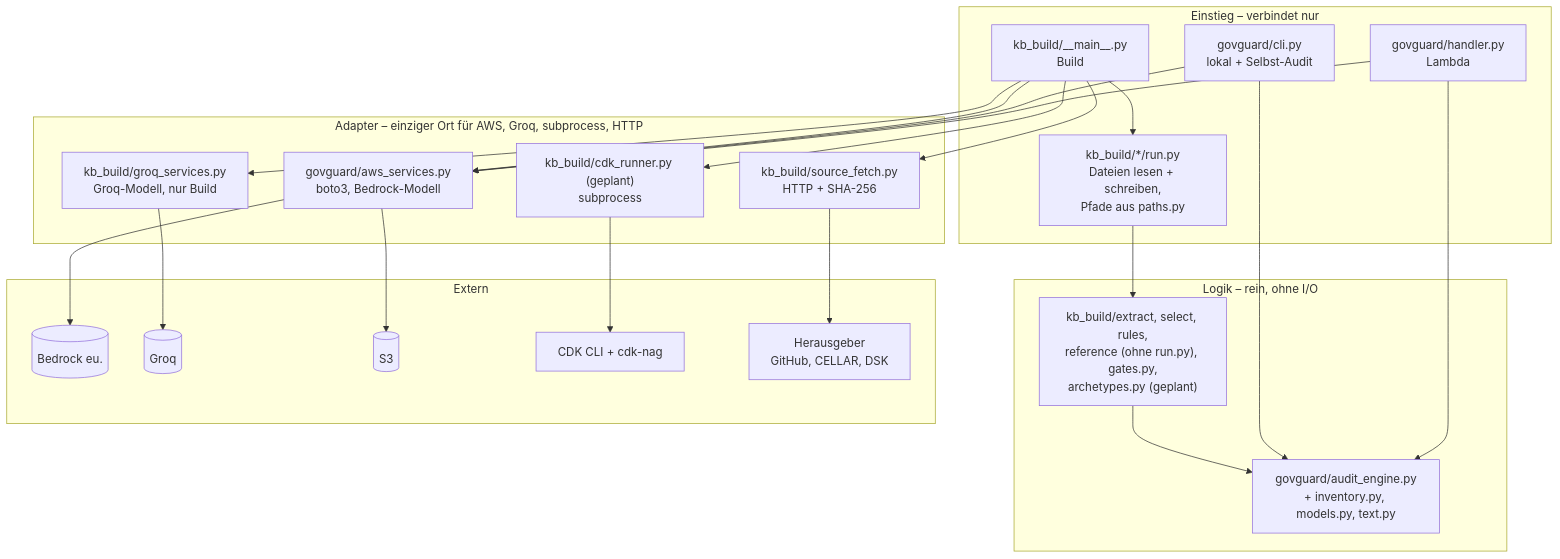
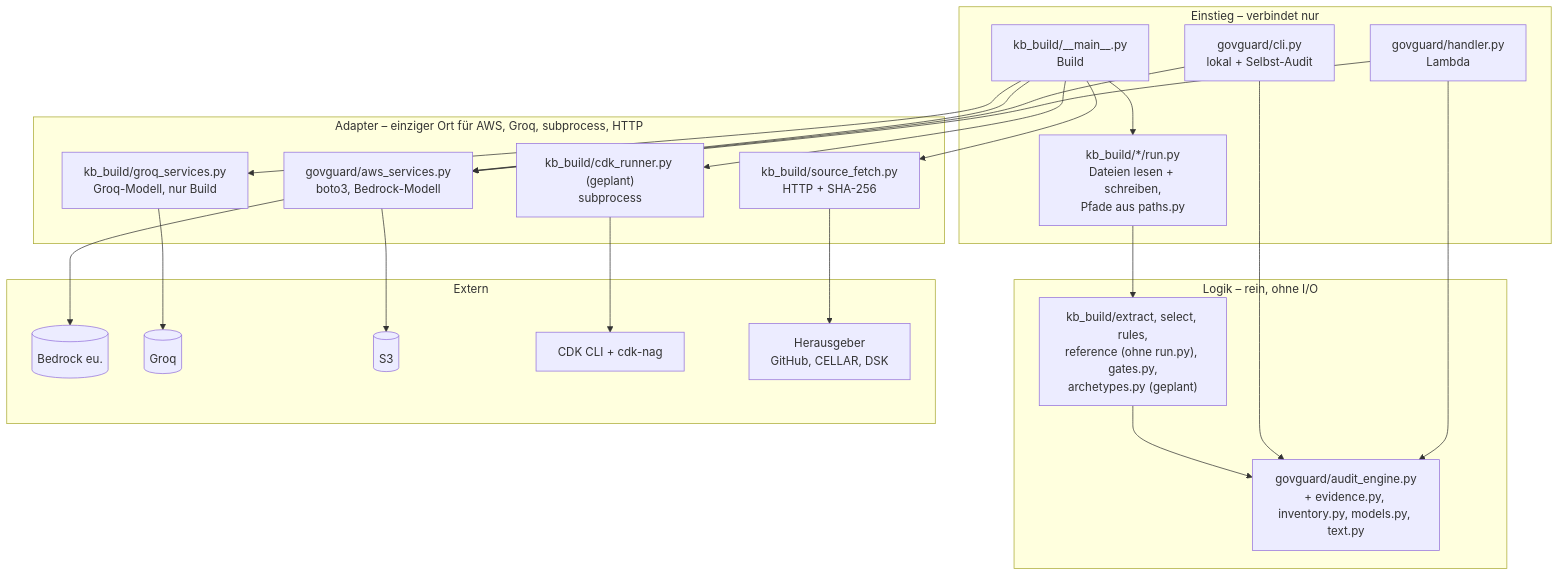
The fourth of 4 diagrams in docs/ARCHITECTURE.md (Daniel74/GovGuard), drawn with Mermaid before and after one commit. The commit also changed other lines of this file and 15 other files, not shown here.

````diff
--- a/docs/ARCHITECTURE.md
+++ b/docs/ARCHITECTURE.md
@@ -257,35 +258,35 @@
 ```mermaid
 flowchart TB
   subgraph E["Einstieg – verbindet nur"]
     H["govguard/handler.py<br/>Lambda"]
     C["govguard/cli.py<br/>lokal + Selbst-Audit"]
     M["kb_build/__main__.py<br/>Build"]
     R["kb_build/*/run.py<br/>Dateien lesen + schreiben,<br/>Pfade aus paths.py"]
   end
   subgraph L["Logik – rein, ohne I/O"]
-    AE["govguard/audit_engine.py<br/>+ inventory.py, models.py, text.py"]
+    AE["govguard/audit_engine.py<br/>+ evidence.py, inventory.py, models.py, text.py"]
     KB["kb_build/extract, select, rules,<br/>reference (ohne run.py), gates.py,<br/>archetypes.py (geplant)"]
   end
   subgraph A["Adapter – einziger Ort für AWS, Groq, subprocess, HTTP"]
     AWS["govguard/aws_services.py<br/>boto3, Bedrock-Modell"]
     GQ["kb_build/groq_services.py<br/>Groq-Modell, nur Build"]
     CDK["kb_build/cdk_runner.py (geplant)<br/>subprocess"]
     FE["kb_build/source_fetch.py<br/>HTTP + SHA-256"]
   end
   subgraph X["Extern"]
     B[("Bedrock eu.")]
     G[("Groq")]
     S3[("S3")]
     CL["CDK CLI + cdk-nag"]
     HG["Herausgeber<br/>GitHub, CELLAR, DSK"]
   end
   H & C --> AE
   H & C --> AWS
   M --> R --> KB
   M --> AWS & GQ & CDK & FE
   KB --> AE
   AWS --> B & S3
   GQ --> G
   CDK --> CL
   FE --> HG
 ```
````
